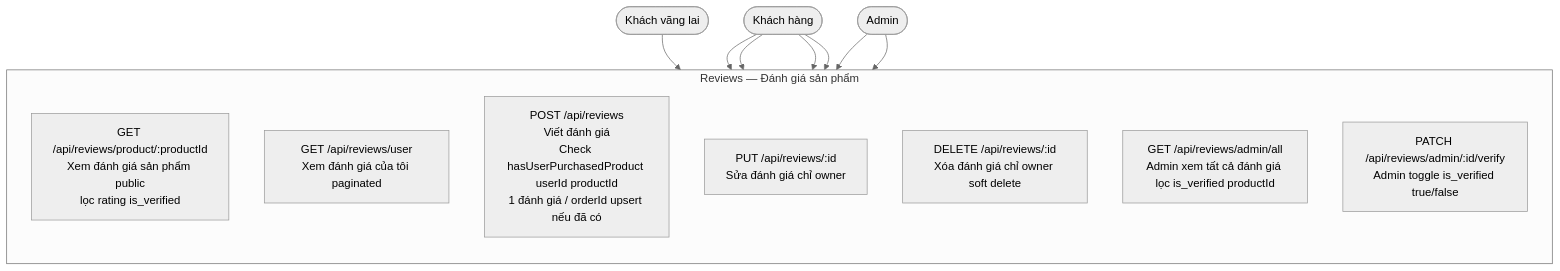
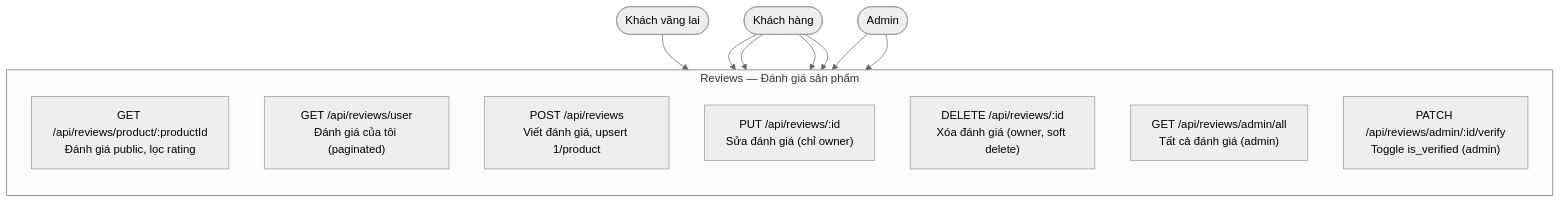
Before and after one commit to MinhThang1009/E-commerce-website: diagram 15 of 47 in DIAGRAMS.md, drawn with Mermaid (neutral theme). The commit also changed other lines of this file and 67 other files, not shown here.

````diff
--- a/DIAGRAMS.md
+++ b/DIAGRAMS.md
@@ -264,25 +452,25 @@
 ```mermaid
 flowchart TB
     Guest(["Khách vãng lai"])
     Customer(["Khách hàng"])
     Admin(["Admin"])
 
     subgraph REVIEWS["Reviews — Đánh giá sản phẩm"]
         direction TB
-        R1["GET /api/reviews/product/:productId\nXem đánh giá sản phẩm public\nlọc rating is_verified"]
-        R2["GET /api/reviews/user\nXem đánh giá của tôi paginated"]
-        R3["POST /api/reviews\nViết đánh giá\nCheck hasUserPurchasedProduct userId productId\n1 đánh giá / orderId upsert nếu đã có"]
-        R4["PUT /api/reviews/:id\nSửa đánh giá chỉ owner"]
-        R5["DELETE /api/reviews/:id\nXóa đánh giá chỉ owner soft delete"]
-        R6["GET /api/reviews/admin/all\nAdmin xem tất cả đánh giá lọc is_verified productId"]
-        R7["PATCH /api/reviews/admin/:id/verify\nAdmin toggle is_verified true/false"]
+        R1["GET /api/reviews/product/:productId<br/>Đánh giá public, lọc rating"]
+        R2["GET /api/reviews/user<br/>Đánh giá của tôi (paginated)"]
+        R3["POST /api/reviews<br/>Viết đánh giá, upsert 1/product"]
+        R4["PUT /api/reviews/:id<br/>Sửa đánh giá (chỉ owner)"]
+        R5["DELETE /api/reviews/:id<br/>Xóa đánh giá (owner, soft delete)"]
+        R6["GET /api/reviews/admin/all<br/>Tất cả đánh giá (admin)"]
+        R7["PATCH /api/reviews/admin/:id/verify<br/>Toggle is_verified (admin)"]
     end
 
     Guest --> R1
     Customer --> R2
     Customer --> R3
     Customer --> R4
     Customer --> R5
     Admin --> R6
     Admin --> R7
 ```
````
